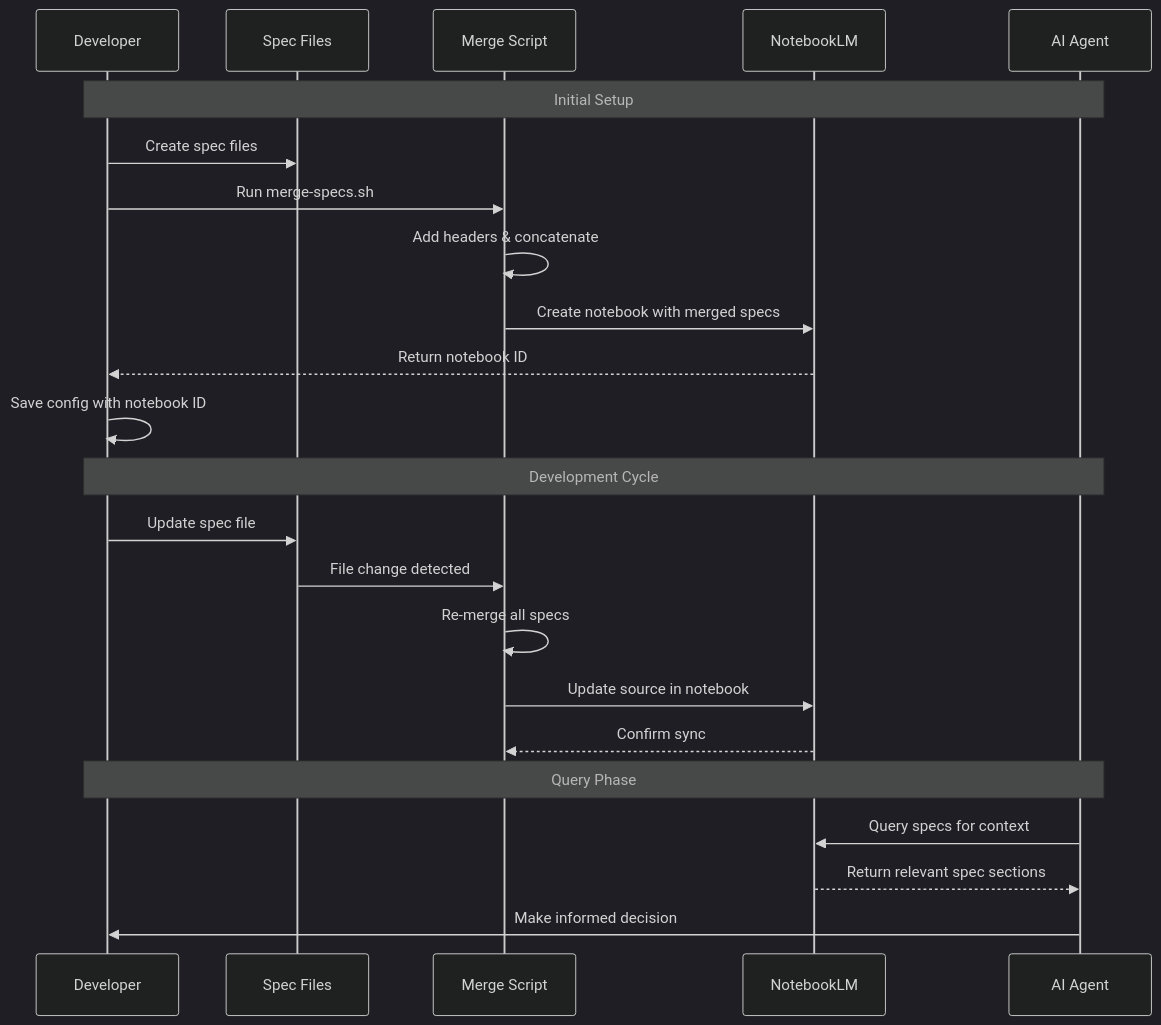
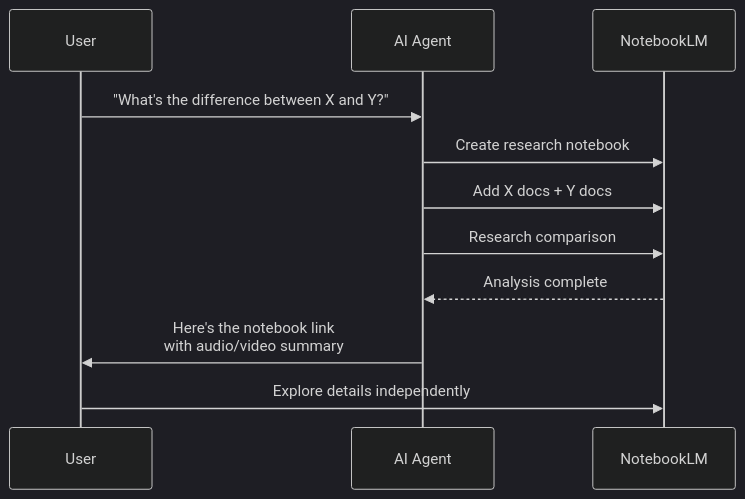
One commit to wojons/skills changed the sixth of 8 diagrams in skills/notebooklm-federated-specs/SKILL.md. Above: the diagram before and after it, drawn with Mermaid (dark theme). The commit also changed other lines of this file and 4 other files, not shown here.

````diff
--- a/skills/notebooklm-federated-specs/SKILL.md
+++ b/skills/notebooklm-federated-specs/SKILL.md
@@ -239,28 +170,14 @@
 ```mermaid
 sequenceDiagram
-    participant Dev as Developer
-    participant Specs as Spec Files
-    participant Merge as Merge Script
+    participant User
+    participant AI as AI Agent
     participant NB as NotebookLM
-    participant AI as AI Agent
-
-    Note over Dev,AI: Initial Setup
-    Dev->>Specs: Create spec files
-    Dev->>Merge: Run merge-specs.sh
-    Merge->>Merge: Add headers & concatenate
-    Merge->>NB: Create notebook with merged specs
-    NB-->>Dev: Return notebook ID
-    Dev->>Dev: Save config with notebook ID
-
-    Note over Dev,AI: Development Cycle
-    Dev->>Specs: Update spec file
-    Specs->>Merge: File change detected
-    Merge->>Merge: Re-merge all specs
-    Merge->>NB: Update source in notebook
-    NB-->>Merge: Confirm sync
-
-    Note over Dev,AI: Query Phase
-    AI->>NB: Query specs for context
-    NB-->>AI: Return relevant spec sections
-    AI->>Dev: Make informed decision
+    
+    User->>AI: "What's the difference between X and Y?"
+    AI->>NB: Create research notebook
+    AI->>NB: Add X docs + Y docs
+    AI->>NB: Research comparison
+    NB-->>AI: Analysis complete
+    AI->>User: Here's the notebook link<br/>with audio/video summary
+    User->>NB: Explore details independently
 ```
````
